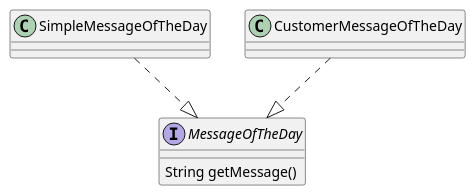
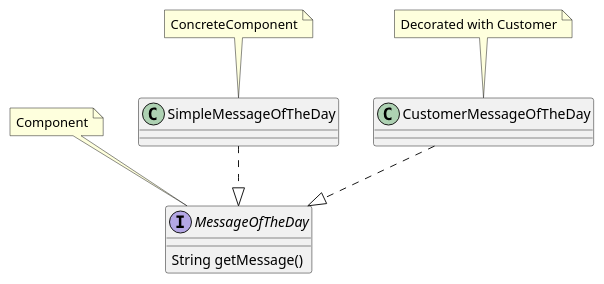
One commit to mdgriffin/Design-Patterns changed the diagram in diagrams/decorator.pu. Above: the diagram before and after it, drawn with PlantUML. The commit also changed 1 other file, not shown here.

Commit message:
Improved decorator diagram

```diff
--- a/diagrams/decorator.pu
+++ b/diagrams/decorator.pu
@@ -1,14 +1,20 @@
 @startuml
+note "Component" as N1
+note "ConcreteComponent" as N2
+note "Decorated with Customer" as N3
 
 interface MessageOfTheDay {
     String getMessage()
 }
 
 class SimpleMessageOfTheDay
 
 class CustomerMessageOfTheDay
 
 SimpleMessageOfTheDay ..|> MessageOfTheDay
 CustomerMessageOfTheDay ..|> MessageOfTheDay
 
+N1 .. MessageOfTheDay
+N2 .. SimpleMessageOfTheDay
+N3 .. CustomerMessageOfTheDay
 @enduml
```
